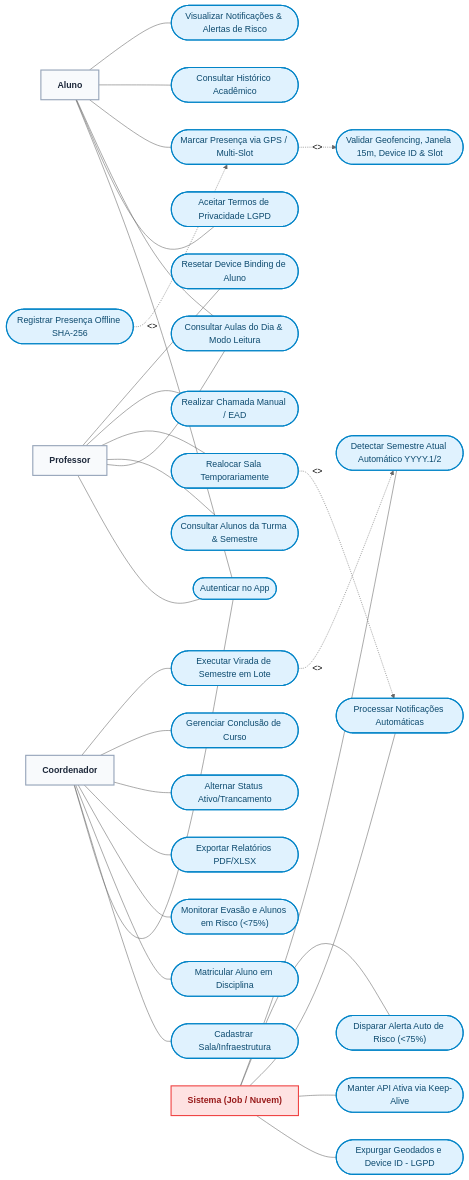
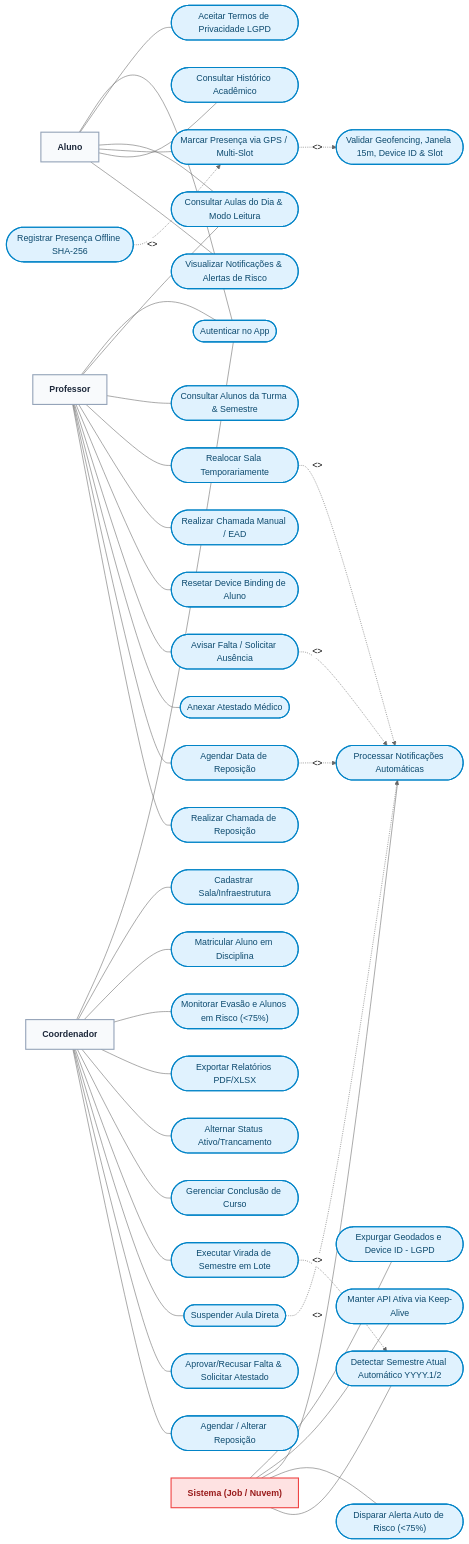
The diagram in documentacao/diagramas/casos_de_uso.md (caneschi-lais/geoclass), drawn with Mermaid (neutral theme) before and after one commit. The commit also changed other lines of this file and 4 other files, not shown here.

Commit message:
docs: update diagrams and data dictionary with cancellations, replacements, and semester features

````diff
--- a/documentacao/diagramas/casos_de_uso.md
+++ b/documentacao/diagramas/casos_de_uso.md
@@ -11,47 +11,57 @@
 ```mermaid
 ---
 config:
   layout: fixed
 ---
 flowchart LR
     Aluno["Aluno"] --- Login(["Autenticar no App"]) & AceitarLGPD(["Aceitar Termos de Privacidade LGPD"]) & ViewTurmas(["Consultar Aulas do Dia & Modo Leitura"]) & RegistrarPonto(["Marcar Presença via GPS / Multi-Slot"]) & ViewHistorico(["Consultar Histórico Acadêmico"]) & ViewNotif(["Visualizar Notificações & Alertas de Risco"])
-    Prof["Professor"] --- Login & ViewTurmas & ViewAlunosTurma(["Consultar Alunos da Turma & Semestre"]) & RealocarSala(["Realocar Sala Temporariamente"]) & ChamadaManual(["Realizar Chamada Manual / EAD"]) & ResetDevice(["Resetar Device Binding de Aluno"])
-    Coord["Coordenador"] --- Login & CadastrarSala(["Cadastrar Sala/Infraestrutura"]) & MatricularAluno(["Matricular Aluno em Disciplina"]) & ViewDashboardRisk(["Monitorar Evasão e Alunos em Risco (<75%)"]) & GerarRelatorio(["Exportar Relatórios PDF/XLSX"]) & ToggleStatus(["Alternar Status Ativo/Trancamento"]) & ToggleConclusao(["Gerenciar Conclusão de Curso"]) & ViradaSemestre(["Executar Virada de Semestre em Lote"])
+    Prof["Professor"] --- Login & ViewTurmas & ViewAlunosTurma(["Consultar Alunos da Turma & Semestre"]) & RealocarSala(["Realocar Sala Temporariamente"]) & ChamadaManual(["Realizar Chamada Manual / EAD"]) & ResetDevice(["Resetar Device Binding de Aluno"]) & AvisarFalta(["Avisar Falta / Solicitar Ausência"]) & AnexarAtestado(["Anexar Atestado Médico"]) & AgendarReposicao(["Agendar Data de Reposição"]) & ChamadaReposicao(["Realizar Chamada de Reposição"])
+    Coord["Coordenador"] --- Login & CadastrarSala(["Cadastrar Sala/Infraestrutura"]) & MatricularAluno(["Matricular Aluno em Disciplina"]) & ViewDashboardRisk(["Monitorar Evasão e Alunos em Risco (<75%)"]) & GerarRelatorio(["Exportar Relatórios PDF/XLSX"]) & ToggleStatus(["Alternar Status Ativo/Trancamento"]) & ToggleConclusao(["Gerenciar Conclusão de Curso"]) & ViradaSemestre(["Executar Virada de Semestre em Lote"]) & SuspenderAula(["Suspender Aula Direta"]) & GerenciarFaltas(["Aprovar/Recusar Falta & Solicitar Atestado"]) & AgendarReposicaoCoord(["Agendar / Alterar Reposição"])
     Sistema["Sistema (Job / Nuvem)"] --- Expurgo(["Expurgar Geodados e Device ID - LGPD"]) & KeepAlive(["Manter API Ativa via Keep-Alive"]) & NotifJob(["Processar Notificações Automáticas"]) & RiskNotification(["Disparar Alerta Auto de Risco (<75%)"]) & DetectSemestre(["Detectar Semestre Atual Automático YYYY.1/2"])
     RegistrarPonto -. &lt;&gt; .-> ValidarAntiFraude(["Validar Geofencing, Janela 15m, Device ID & Slot"])
     RegistrarOffline(["Registrar Presença Offline SHA-256"]) -. &lt;&gt; .-> RegistrarPonto
     RealocarSala -. &lt;&gt; .-> NotifJob
     ViradaSemestre -. &lt;&gt; .-> DetectSemestre
+    SuspenderAula -. &lt;&gt; .-> NotifJob
+    AgendarReposicao -. &lt;&gt; .-> NotifJob
+    AvisarFalta -. &lt;&gt; .-> NotifJob
 
      Aluno:::actor
      Login:::usecase
      AceitarLGPD:::usecase
      ViewTurmas:::usecase
      RegistrarPonto:::usecase
      ViewHistorico:::usecase
      ViewNotif:::usecase
      Prof:::actor
      ViewAlunosTurma:::usecase
      RealocarSala:::usecase
      ChamadaManual:::usecase
      ResetDevice:::usecase
+     AvisarFalta:::usecase
+     AnexarAtestado:::usecase
+     AgendarReposicao:::usecase
+     ChamadaReposicao:::usecase
      Coord:::actor
      CadastrarSala:::usecase
      MatricularAluno:::usecase
      ViewDashboardRisk:::usecase
      GerarRelatorio:::usecase
      ToggleStatus:::usecase
      ToggleConclusao:::usecase
      ViradaSemestre:::usecase
+     SuspenderAula:::usecase
+     GerenciarFaltas:::usecase
+     AgendarReposicaoCoord:::usecase
      Sistema:::systemActor
      Expurgo:::usecase
      KeepAlive:::usecase
      NotifJob:::usecase
      RiskNotification:::usecase
      DetectSemestre:::usecase
      ValidarAntiFraude:::usecase
      RegistrarOffline:::usecase
     classDef actor fill:#f8fafc,stroke:#94a3b8,stroke-width:2px,font-weight:bold,color:#1e293b
     classDef systemActor fill:#fee2e2,stroke:#ef4444,stroke-width:2px,font-weight:bold,color:#991b1b
     classDef usecase fill:#e0f2fe,stroke:#0284c7,stroke-width:2px,color:#0c4a6e
 ```
````
